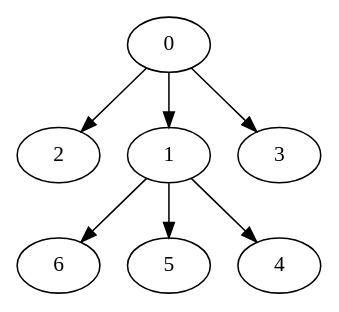
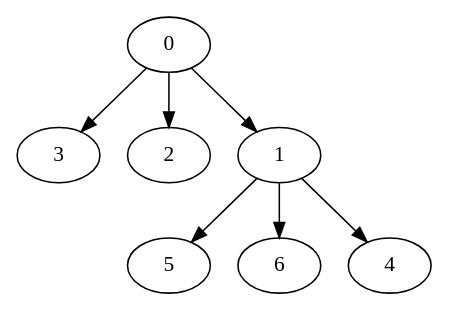
Before and after one commit to Akrya/Scheduler: the diagram in out/artifacts/scheduler_jar/Nodes_7_OutTree-output.dot, drawn with Graphviz. The commit also changed 21 other files, not shown here.

```diff
--- a/out/artifacts/scheduler_jar/Nodes_7_OutTree-output.dot
+++ b/out/artifacts/scheduler_jar/Nodes_7_OutTree-output.dot
@@ -1,15 +1,15 @@
 digraph "Nodes_7_OutTree-output" {
-	 2	 [Weight=5.0,Start=16.0,Processor=0];
-	 6	 [Weight=7.0,Start=21.0,Processor=0];
-	 1	 [Weight=6.0,Start=11.0,Processor=1];
+	 3	 [Weight=6.0,Start=22.0,Processor=0];
+	 5	 [Weight=7.0,Start=15.0,Processor=0];
+	 6	 [Weight=7.0,Start=16.0,Processor=1];
 	 0	 [Weight=5.0,Start=0.0,Processor=1];
-	 5	 [Weight=7.0,Start=21.0,Processor=1];
-	 3	 [Weight=6.0,Start=5.0,Processor=1];
-	 4	 [Weight=4.0,Start=17.0,Processor=1];
+	 2	 [Weight=5.0,Start=11.0,Processor=1];
+	 4	 [Weight=4.0,Start=23.0,Processor=1];
+	 1	 [Weight=6.0,Start=5.0,Processor=1];
 	 0 -> 1	[Weight=15.0];
 	 0 -> 2	[Weight=11.0];
 	 0 -> 3	[Weight=11.0];
 	 1 -> 4	[Weight=19.0];
 	 1 -> 5	[Weight=4.0];
 	 1 -> 6	[Weight=21.0];
 }
```
